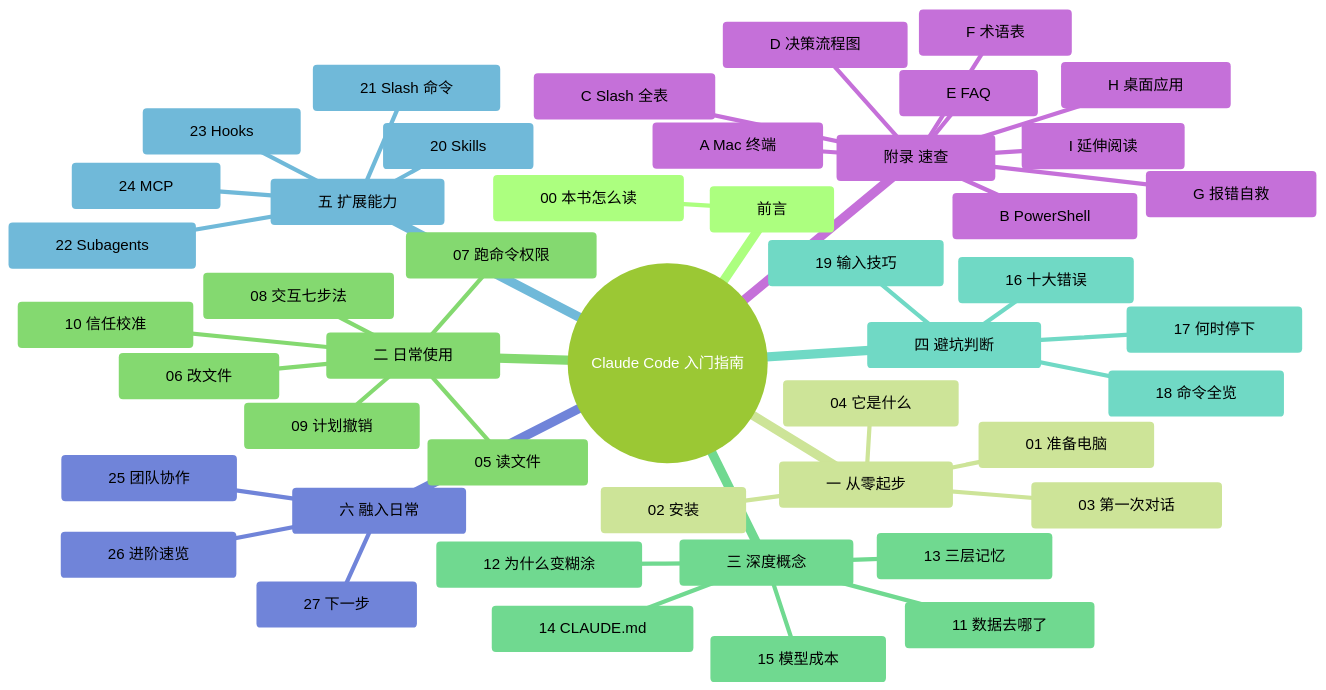
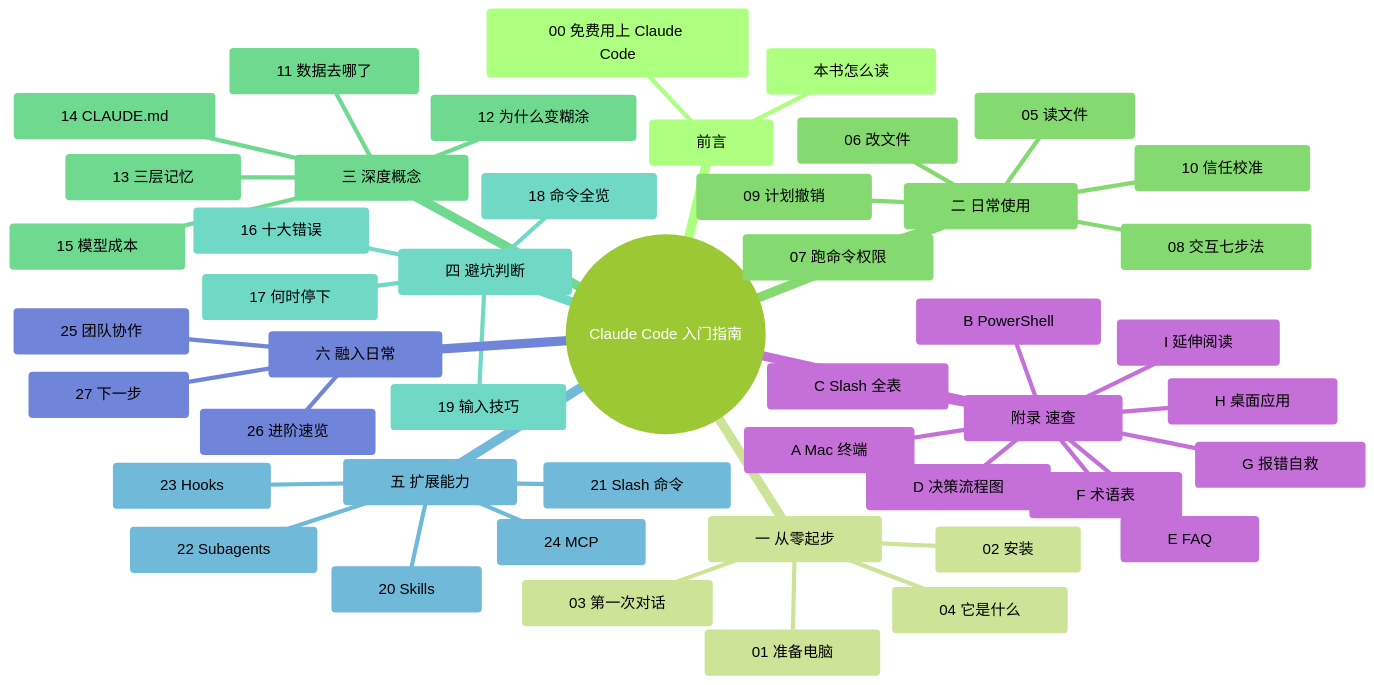
One commit to mali9527/claude-code-full-guide-for-beginners changed the diagram in manuscript/00-前言/00-本书怎么读.md. Above: the diagram before and after it, drawn with Mermaid. The commit also changed other lines of this file and 14 other files, not shown here.

First line of the commit message:
feat(chapter-0): 新增第 0 章「先告诉你怎么免费用上 Claude Code」

````diff
--- a/manuscript/00-前言/00-本书怎么读.md
+++ b/manuscript/00-前言/00-本书怎么读.md
@@ -10,61 +10,62 @@
 ```mermaid
 ---
 config:
   useMaxWidth: false
   theme: forest
   themeVariables:
     fontFamily: "-apple-system, 'SF Pro Text', 'PingFang SC', 'Helvetica Neue', sans-serif"
     fontSize: "18px"
     lineColor: "#D9D9D9"
   mindmap:
     padding: 28
     useMaxWidth: false
 ---
 mindmap
   root((Claude Code 入门指南))
     前言
-      00 本书怎么读
+      本书怎么读
+      00 免费用上 Claude Code
     一 从零起步
       01 准备电脑
       02 安装
       03 第一次对话
       04 它是什么
     二 日常使用
       05 读文件
       06 改文件
       07 跑命令权限
       08 交互七步法
       09 计划撤销
       10 信任校准
     三 深度概念
       11 数据去哪了
       12 为什么变糊涂
       13 三层记忆
       14 CLAUDE.md
       15 模型成本
     四 避坑判断
       16 十大错误
       17 何时停下
       18 命令全览
       19 输入技巧
     五 扩展能力
       20 Skills
       21 Slash 命令
       22 Subagents
       23 Hooks
       24 MCP
     六 融入日常
       25 团队协作
       26 进阶速览
       27 下一步
     附录 速查
       A Mac 终端
       B PowerShell
       C Slash 全表
       D 决策流程图
       E FAQ
       F 术语表
       G 报错自救
       H 桌面应用
       I 延伸阅读
 ```
````
